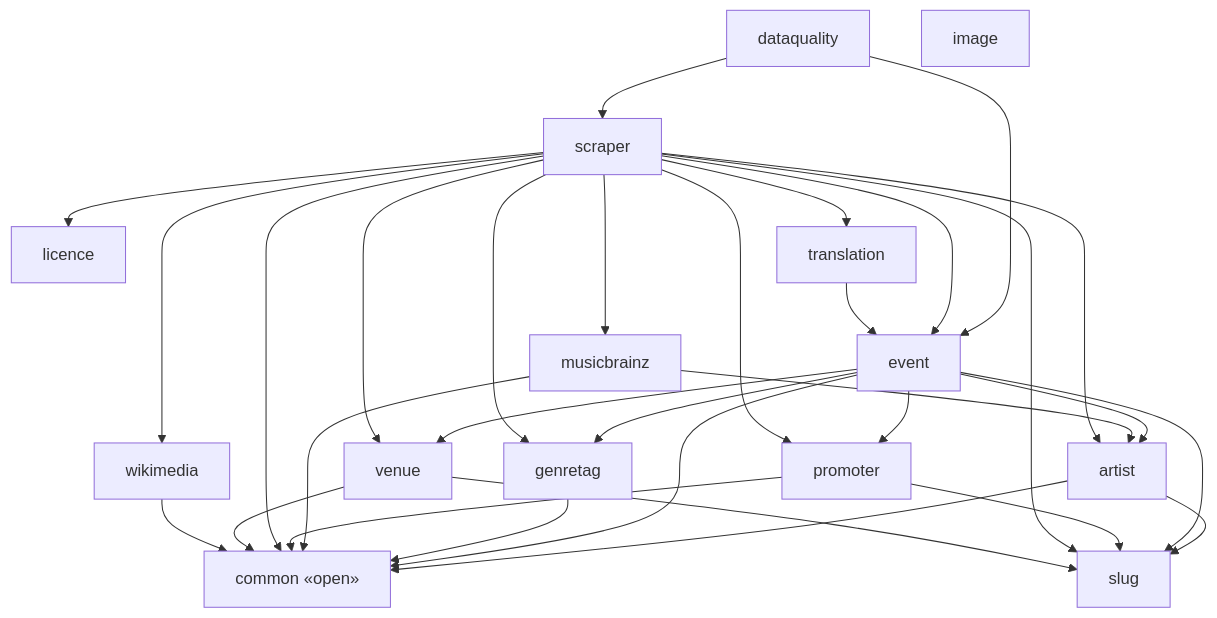
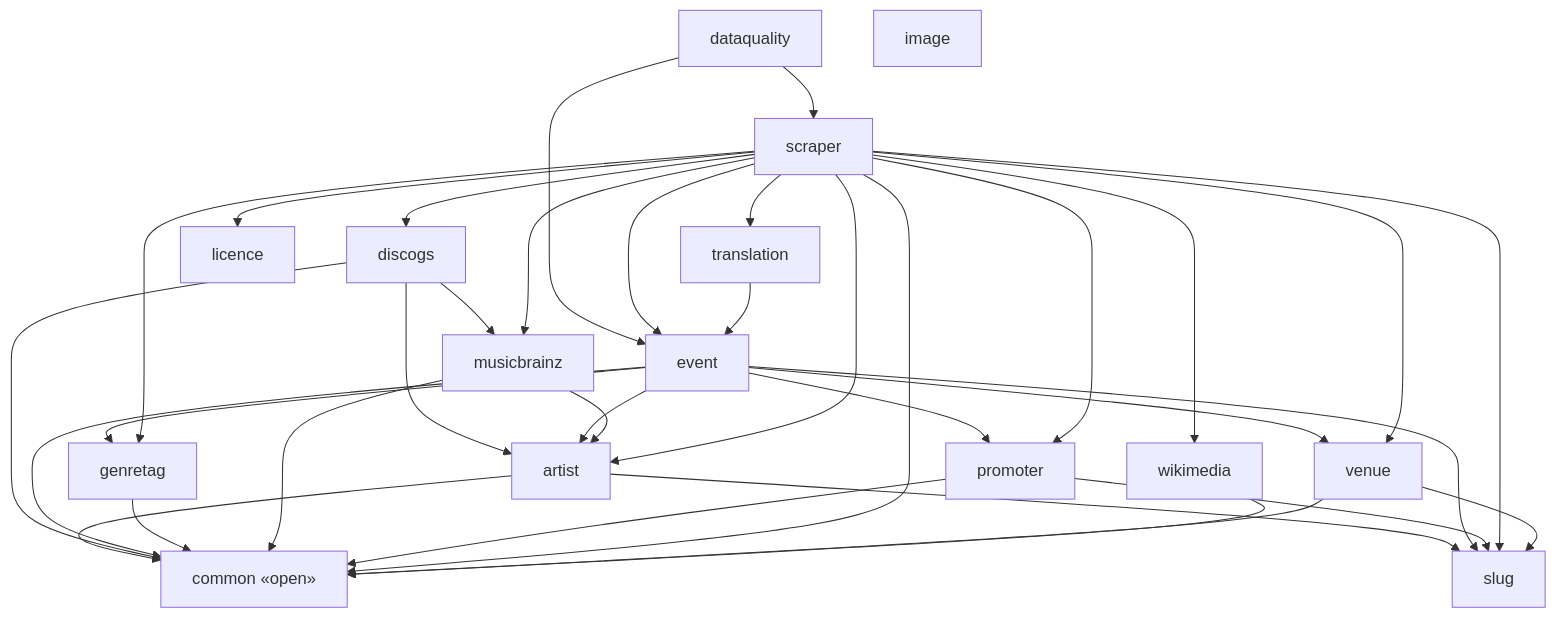
One commit to enorm-labs/event-junkie changed the diagram in docs/architecture/modules-events-importer.md. Above: the diagram before and after it, drawn with Mermaid. The commit also changed 48 other files, not shown here.

````diff
--- a/docs/architecture/modules-events-importer.md
+++ b/docs/architecture/modules-events-importer.md
@@ -9,48 +9,53 @@
 ```mermaid
 flowchart TD
     artist["artist"]
     common["common «open»"]
     dataquality["dataquality"]
+    discogs["discogs"]
     event["event"]
     genretag["genretag"]
     image["image"]
     licence["licence"]
     musicbrainz["musicbrainz"]
     promoter["promoter"]
     scraper["scraper"]
     slug["slug"]
     translation["translation"]
     venue["venue"]
     wikimedia["wikimedia"]
 
     artist --> common
     artist --> slug
     dataquality --> event
     dataquality --> scraper
+    discogs --> artist
+    discogs --> common
+    discogs --> musicbrainz
     event --> artist
     event --> common
     event --> genretag
     event --> promoter
     event --> slug
     event --> venue
     genretag --> common
     musicbrainz --> artist
     musicbrainz --> common
     promoter --> common
     promoter --> slug
     scraper --> artist
     scraper --> common
+    scraper --> discogs
     scraper --> event
     scraper --> genretag
     scraper --> licence
     scraper --> musicbrainz
     scraper --> promoter
     scraper --> slug
     scraper --> translation
     scraper --> venue
     scraper --> wikimedia
     translation --> event
     venue --> common
     venue --> slug
     wikimedia --> common
 ```
````
